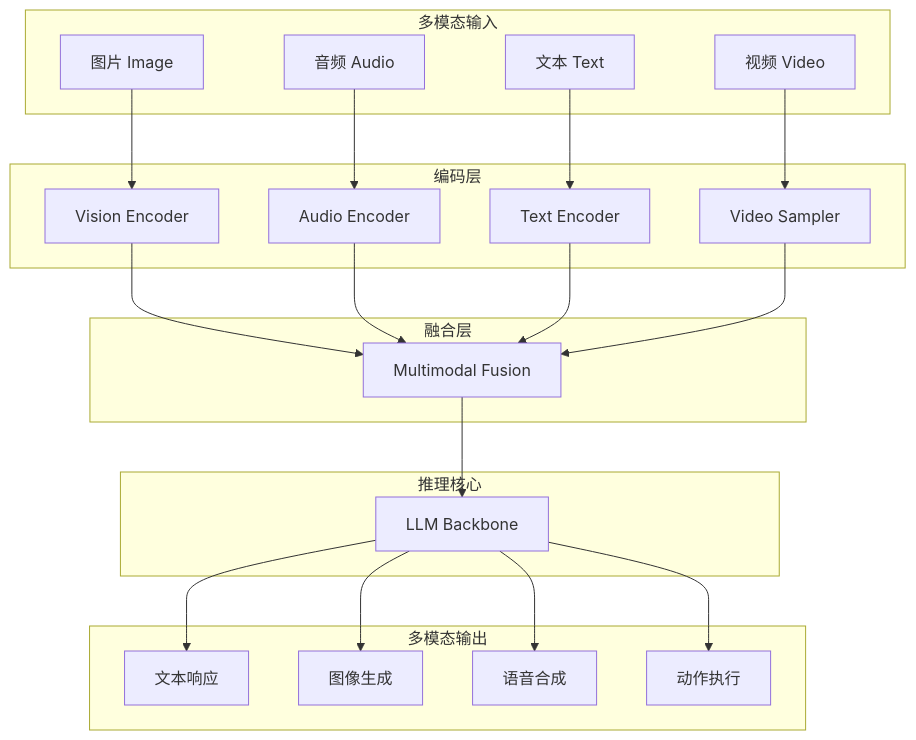
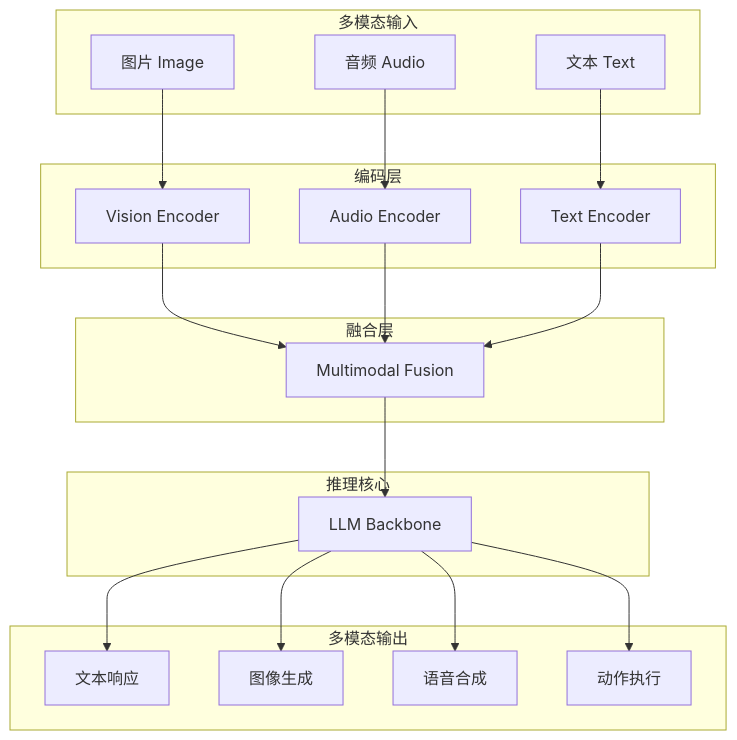
The fifth of 5 diagrams in 04_tools/4.6_multimodal.md (yeasy/agentic_ai_guide), drawn with Mermaid before and after one commit. The commit also changed other lines of this file and 33 other files, not shown here.

````diff
--- a/04_tools/4.6_multimodal.md
+++ b/04_tools/4.6_multimodal.md
@@ -295,44 +310,41 @@
 ```mermaid
 graph TD
     subgraph Input["多模态输入"]
         I1[图片 Image]
         I2[音频 Audio]
         I3[文本 Text]
-        I4[视频 Video]
     end
     
     subgraph Encode["编码层"]
         E1[Vision Encoder]
         E2[Audio Encoder]
         E3[Text Encoder]
-        E4[Video Sampler]
     end
     
     subgraph Fusion["融合层"]
         F[Multimodal Fusion]
     end
     
     subgraph Core["推理核心"]
         C[LLM Backbone]
     end
     
     subgraph Output["多模态输出"]
         O1[文本响应]
         O2[图像生成]
         O3[语音合成]
         O4[动作执行]
     end
     
     I1 --> E1
     I2 --> E2
     I3 --> E3
-    I4 --> E4
     
-    E1 & E2 & E3 & E4 --> F
+    E1 & E2 & E3 --> F
     F --> C
     
     C --> O1
     C --> O2
     C --> O3
     C --> O4
 ```
````
